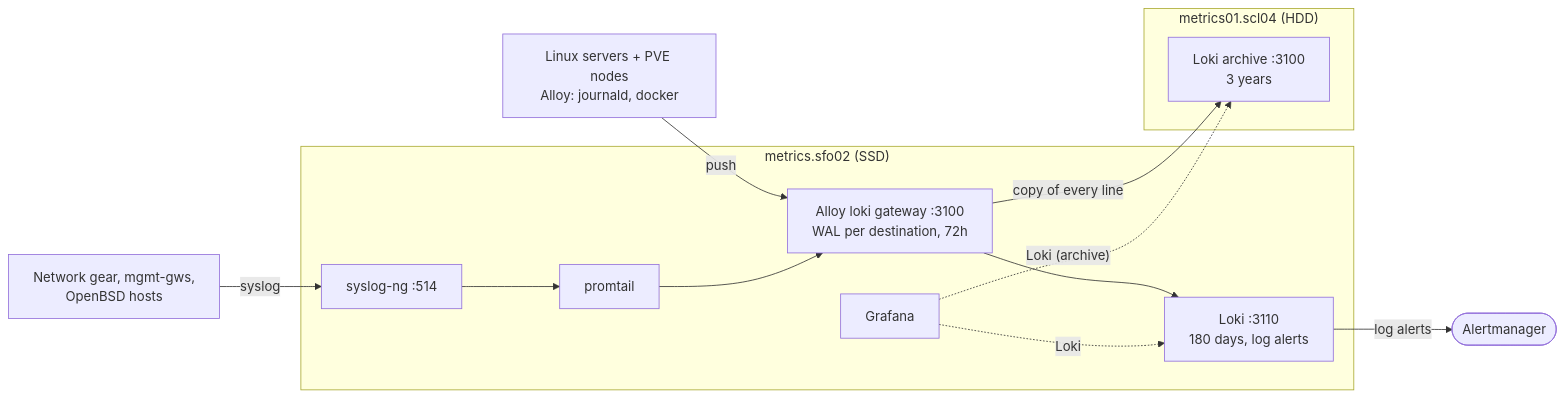
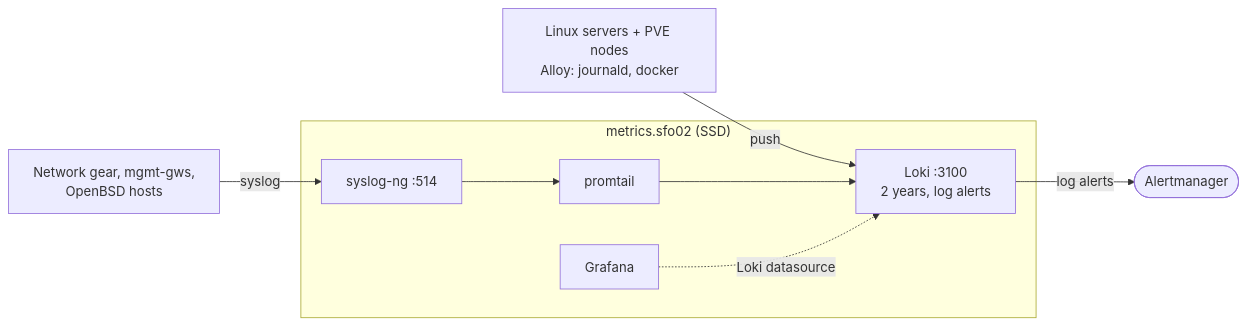
One commit to sfmix/sfmix changed the third of 3 diagrams in documentation/design_docs/012-long-term-telemetry-storage.md. Above: the diagram before and after it, drawn with Mermaid. The commit also changed other lines of this file and 13 other files, not shown here.

First line of the commit message:
refactor(telemetry): single Loki (2y on metrics.sfo02), drop archive Loki + tee

````diff
--- a/documentation/design_docs/012-long-term-telemetry-storage.md
+++ b/documentation/design_docs/012-long-term-telemetry-storage.md
@@ -81,22 +83,15 @@
 ```mermaid
 flowchart LR
   LNX["Linux servers + PVE nodes<br/>Alloy: journald, docker"]
   APP["Network gear, mgmt-gws,<br/>OpenBSD hosts"]
   subgraph HOT["metrics.sfo02 (SSD)"]
     SNG["syslog-ng :514"] --> PTL["promtail"]
-    GW["Alloy loki gateway :3100<br/>WAL per destination, 72h"]
-    LOKI["Loki :3110<br/>180 days, log alerts"]
+    LOKI["Loki :3100<br/>2 years, log alerts"]
     GRAF["Grafana"]
   end
-  subgraph COLD["metrics01.scl04 (HDD)"]
-    LA["Loki archive :3100<br/>3 years"]
-  end
-  LNX -- "push" --> GW
+  LNX -- "push" --> LOKI
   APP -- "syslog" --> SNG
-  PTL --> GW
-  GW --> LOKI
-  GW -- "copy of every line" --> LA
-  GRAF -. "Loki" .-> LOKI
-  GRAF -. "Loki (archive)" .-> LA
+  PTL --> LOKI
+  GRAF -. "Loki datasource" .-> LOKI
   LOKI -- "log alerts" --> AM(["Alertmanager"])
 ```
````
